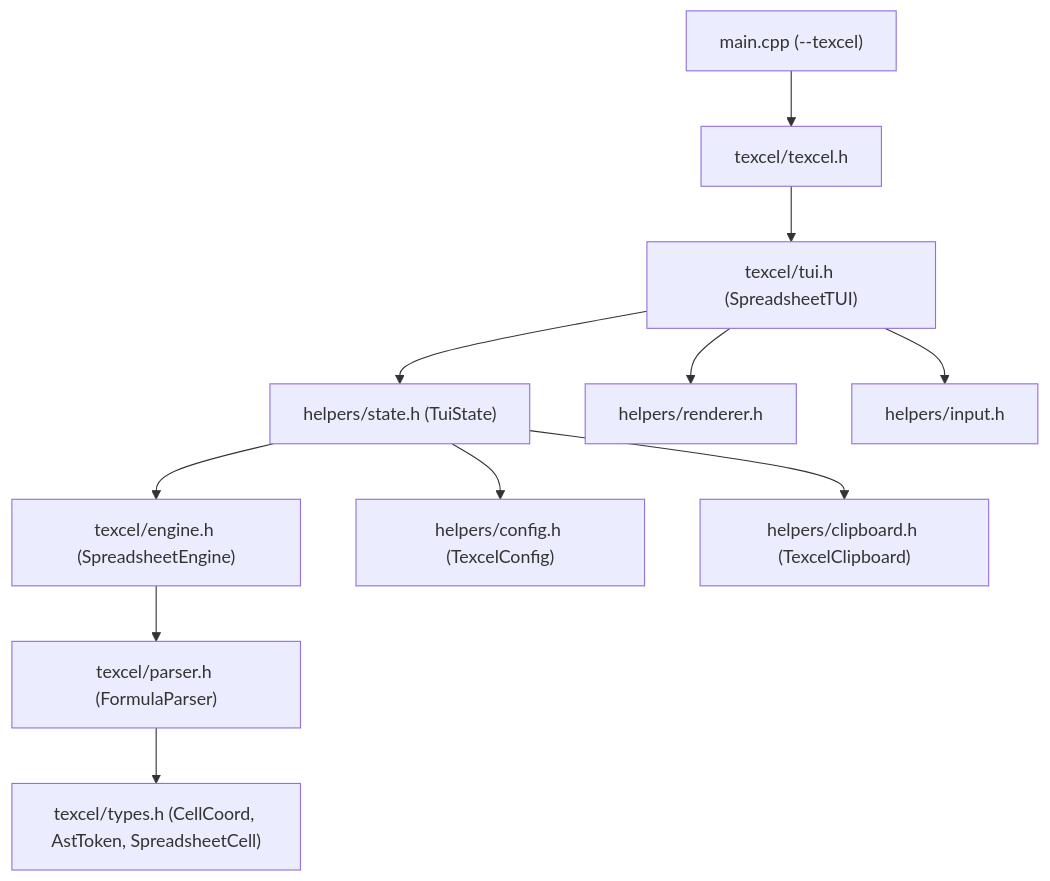
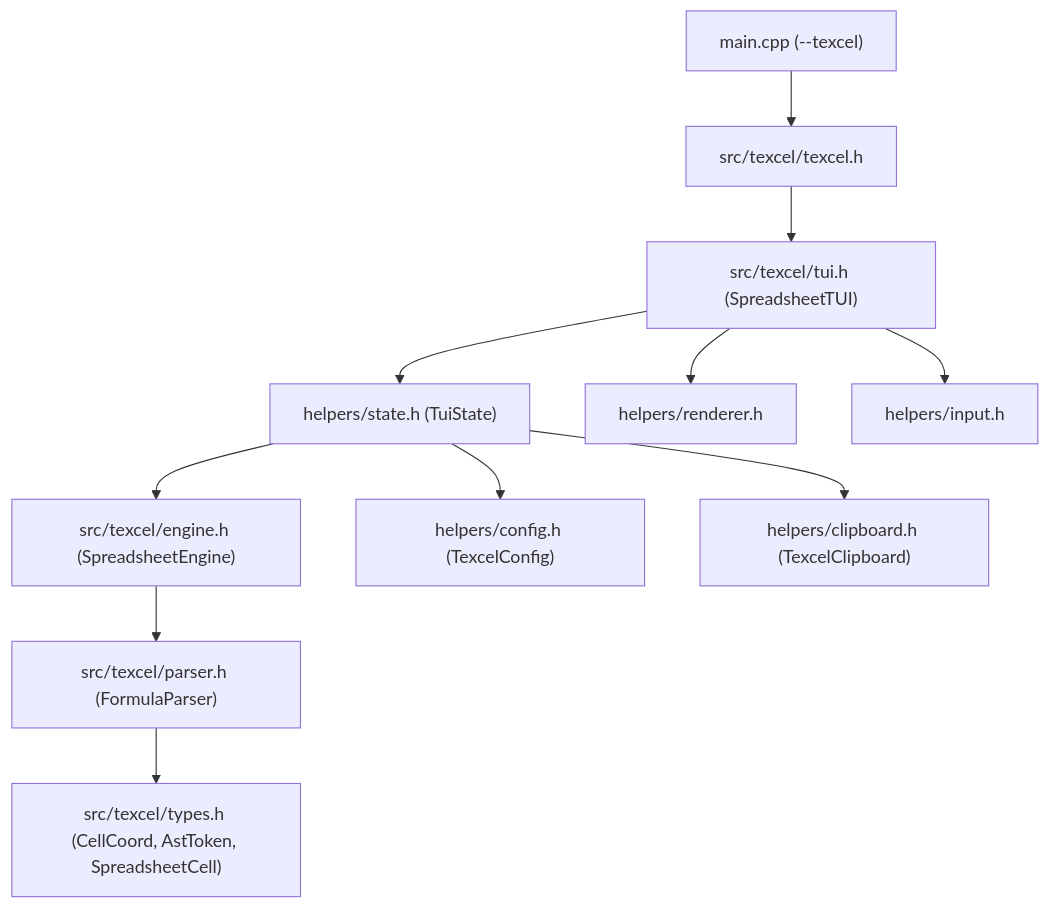
One commit to AldoLunaBueno/2026-II-CS-UNI-CC0E5-AEDAv changed the diagram in docs/texcel.md. Above: the diagram before and after it, drawn with Mermaid. The commit also changed other lines of this file and 58 other files, not shown here.

````diff
--- a/docs/texcel.md
+++ b/docs/texcel.md
@@ -11,13 +11,13 @@
 ```mermaid
 flowchart TD
-    MAIN["main.cpp (--texcel)"] --> TEXCEL["texcel/texcel.h"]
-    TEXCEL --> TUI["texcel/tui.h (SpreadsheetTUI)"]
+    MAIN["main.cpp (--texcel)"] --> TEXCEL["src/texcel/texcel.h"]
+    TEXCEL --> TUI["src/texcel/tui.h (SpreadsheetTUI)"]
     TUI --> STATE["helpers/state.h (TuiState)"]
     TUI --> RENDER["helpers/renderer.h"]
     TUI --> INPUT["helpers/input.h"]
-    STATE --> ENGINE["texcel/engine.h (SpreadsheetEngine)"]
+    STATE --> ENGINE["src/texcel/engine.h (SpreadsheetEngine)"]
     STATE --> CONFIG["helpers/config.h (TexcelConfig)"]
     STATE --> CLIP["helpers/clipboard.h (TexcelClipboard)"]
-    ENGINE --> PARSER["texcel/parser.h (FormulaParser)"]
-    PARSER --> TYPES["texcel/types.h (CellCoord, AstToken, SpreadsheetCell)"]
+    ENGINE --> PARSER["src/texcel/parser.h (FormulaParser)"]
+    PARSER --> TYPES["src/texcel/types.h (CellCoord, AstToken, SpreadsheetCell)"]
 ```
````
